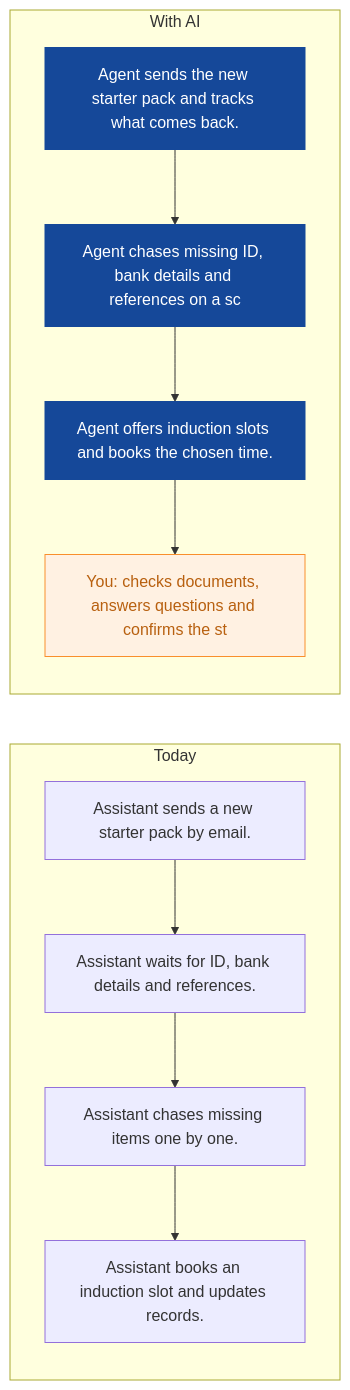
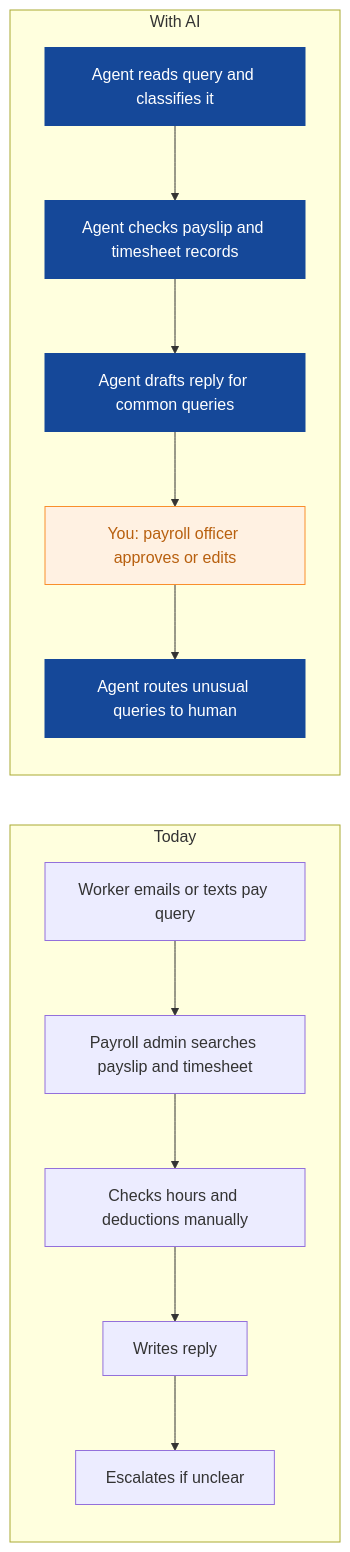
Before and after one commit to nexibeo/Complete-AI-Strategy: the seventh of 9 diagrams in strategies/cobalt-crew-recruitment.md, drawn with Mermaid. The commit also changed other lines of this file and 26 other files, not shown here.

````diff
--- a/strategies/cobalt-crew-recruitment.md
+++ b/strategies/cobalt-crew-recruitment.md
@@ -210,21 +227,23 @@
 ```mermaid
 flowchart LR
   subgraph Today
-    B0["Assistant sends a new starter pack by email."]
-    B1["Assistant waits for ID, bank details and references."]
-    B2["Assistant chases missing items one by one."]
-    B3["Assistant books an induction slot and updates records."]
-    B0 --> B1 --> B2 --> B3
+    B0["Worker emails or texts pay query"]
+    B1["Payroll admin searches payslip and timesheet"]
+    B2["Checks hours and deductions manually"]
+    B3["Writes reply"]
+    B4["Escalates if unclear"]
+    B0 --> B1 --> B2 --> B3 --> B4
   end
   subgraph WithAI[With AI]
-    A0["Agent sends the new starter pack and tracks what comes back."]
-    A1["Agent chases missing ID, bank details and references on a sc"]
-    A2["Agent offers induction slots and books the chosen time."]
-    A3["You: checks documents, answers questions and confirms the st"]
-    A0 --> A1 --> A2 --> A3
+    A0["Agent reads query and classifies it"]
+    A1["Agent checks payslip and timesheet records"]
+    A2["Agent drafts reply for common queries"]
+    A3["You: payroll officer approves or edits"]
+    A4["Agent routes unusual queries to human"]
+    A0 --> A1 --> A2 --> A3 --> A4
   end
   classDef ai fill:#154899,color:#fff,stroke:#154899
   classDef human fill:#FFF1E2,color:#B8600F,stroke:#F98F2C
-  class A0,A1,A2 ai
+  class A0,A1,A2,A4 ai
   class A3 human
 ```
````
